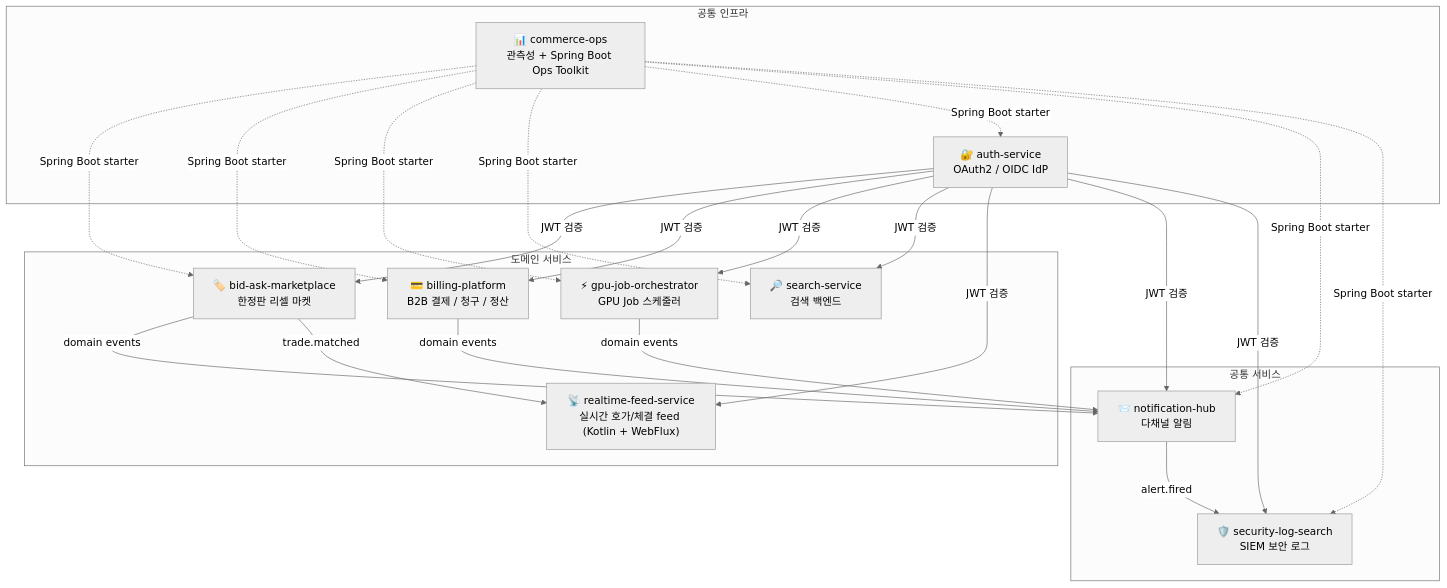
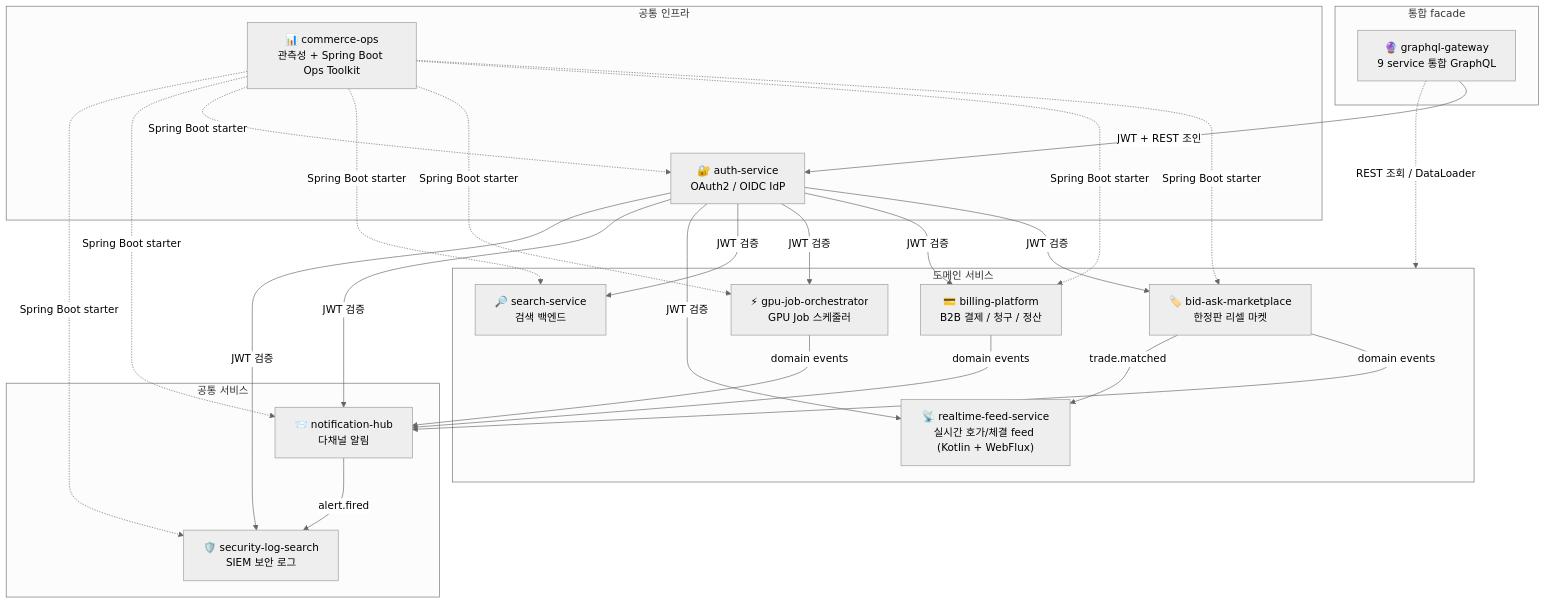
The diagram in README.md (ssa1004/ssa1004), drawn with Mermaid (neutral theme) before and after one commit. The commit also changed other lines of this file and 6 other files, not shown here.

First line of the commit message:
docs: 10번째 레포 graphql-gateway 반영 — mermaid / 표 / ArgoCD ApplicationSet

````diff
--- a/README.md
+++ b/README.md
@@ -5,44 +5,51 @@
 ```mermaid
 graph TB
+    subgraph Facade["통합 facade"]
+        GQL["🔮 graphql-gateway<br/>9 service 통합 GraphQL"]
+    end
+
     subgraph Infra["공통 인프라"]
         AUTH["🔐 auth-service<br/>OAuth2 / OIDC IdP"]
         OBS["📊 commerce-ops<br/>관측성 + Spring Boot Ops Toolkit"]
     end
 
     subgraph Domain["도메인 서비스"]
         ORDER["🏷️ bid-ask-marketplace<br/>한정판 리셀 마켓"]
         BILL["💳 billing-platform<br/>B2B 결제 / 청구 / 정산"]
         GPU["⚡ gpu-job-orchestrator<br/>GPU Job 스케줄러"]
         SEARCH["🔎 search-service<br/>검색 백엔드"]
         FEED["📡 realtime-feed-service<br/>실시간 호가/체결 feed (Kotlin + WebFlux)"]
     end
 
     subgraph Common["공통 서비스"]
         NOTIF["📨 notification-hub<br/>다채널 알림"]
         SIEM["🛡️ security-log-search<br/>SIEM 보안 로그"]
     end
+
+    GQL -->|JWT + REST 조인| AUTH
+    GQL -.->|REST 조회 / DataLoader| Domain
 
     AUTH -->|JWT 검증| ORDER
     AUTH -->|JWT 검증| BILL
     AUTH -->|JWT 검증| GPU
     AUTH -->|JWT 검증| SEARCH
     AUTH -->|JWT 검증| FEED
     AUTH -->|JWT 검증| NOTIF
     AUTH -->|JWT 검증| SIEM
 
     ORDER -->|domain events| NOTIF
     BILL -->|domain events| NOTIF
     GPU -->|domain events| NOTIF
 
     ORDER -->|trade.matched| FEED
 
     NOTIF -->|alert.fired| SIEM
 
     OBS -.->|Spring Boot starter| ORDER
     OBS -.->|Spring Boot starter| BILL
     OBS -.->|Spring Boot starter| GPU
     OBS -.->|Spring Boot starter| SEARCH
     OBS -.->|Spring Boot starter| AUTH
     OBS -.->|Spring Boot starter| NOTIF
     OBS -.->|Spring Boot starter| SIEM
 ```
````
